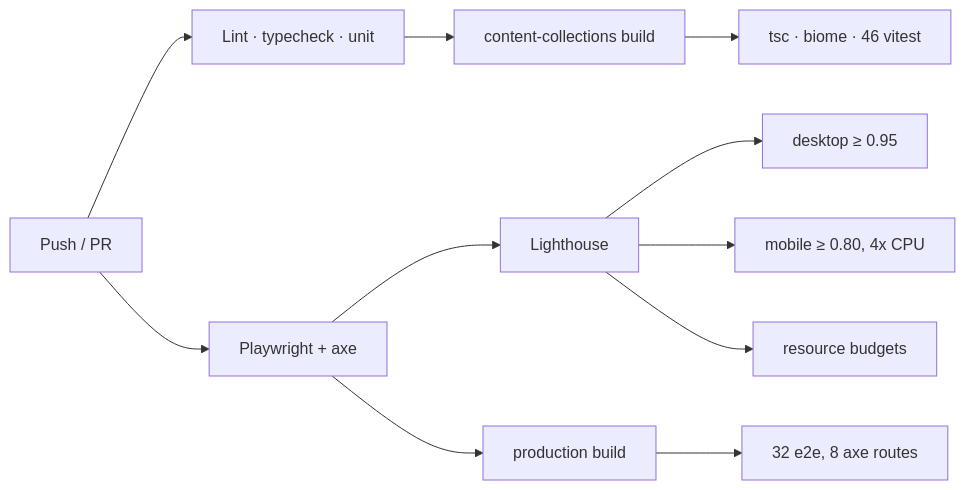
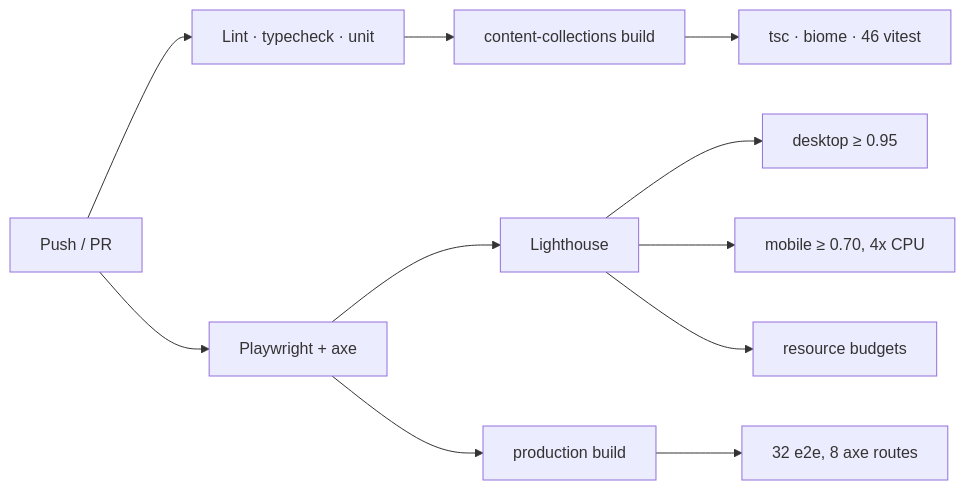
Before and after one commit to FryFr/Portfolio-juan-silva: the diagram in README.md, drawn with Mermaid. The commit also changed 2 other files, not shown here.

Commit message:
ci(lighthouse): calibrate the mobile gate to CI hardware, not a laptop
The mobile budget failed on the first PR run at 0.75 against a 0.80 threshold.
Nothing regressed — the threshold was calibrated on the wrong machine.

Absolute Lighthouse scores are not portable. The same commit measured:

  M-series laptop          benchmarkIndex 4410   mobile performance 0.88
  GitHub Actions runner    benchmarkIndex 2319   mobile performance 0.75

The runner is roughly half the speed, and Lighthouse applies its 4x CPU slowdown
on top of that, so CI is simulating a far harsher device than the identical config
does locally.

The gate exists to catch regressions on the machine that runs it, so it is now set
from CI's own number with about five points of headroom. Raising it back to match
a fast laptop would fail every PR, and a budget that fails on correct code gets
deleted rather than fixed — which is how this repo ended up auditing desktop only
in the first place.

Both numbers and the benchmarkIndex are recorded in CLAUDE.md so the next person
to see 0.70 knows why it is not 0.88.

````diff
--- a/README.md
+++ b/README.md
@@ -174,13 +174,13 @@
 ```mermaid
 graph LR
     A[Push / PR] --> B[Lint · typecheck · unit]
     A --> C[Playwright + axe]
     C --> D[Lighthouse]
     B --> B1[content-collections build]
     B1 --> B2[tsc · biome · 46 vitest]
     C --> C1[production build]
     C1 --> C2[32 e2e, 8 axe routes]
     D --> D1[desktop ≥ 0.95]
-    D --> D2[mobile ≥ 0.80, 4x CPU]
+    D --> D2[mobile ≥ 0.70, 4x CPU]
     D --> D3[resource budgets]
 ```
````
